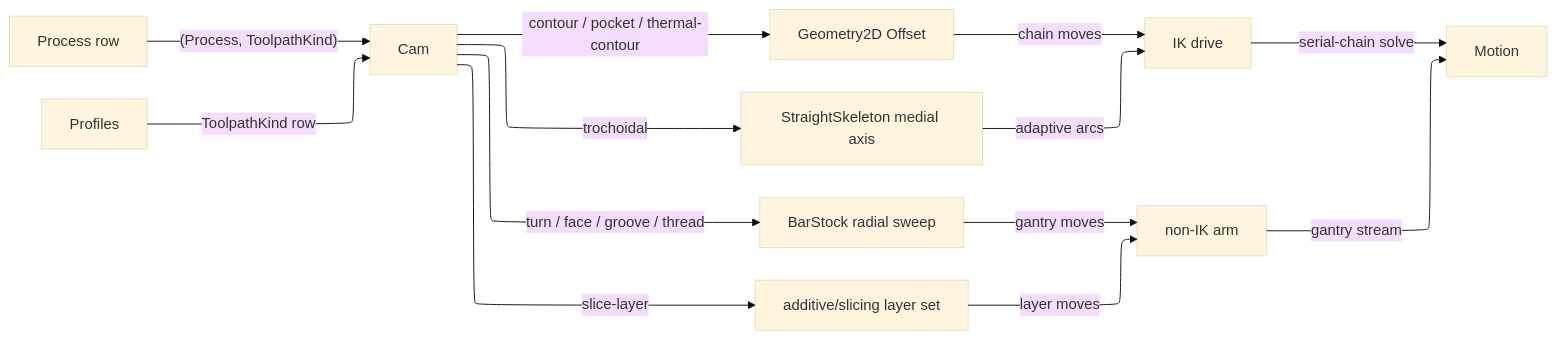
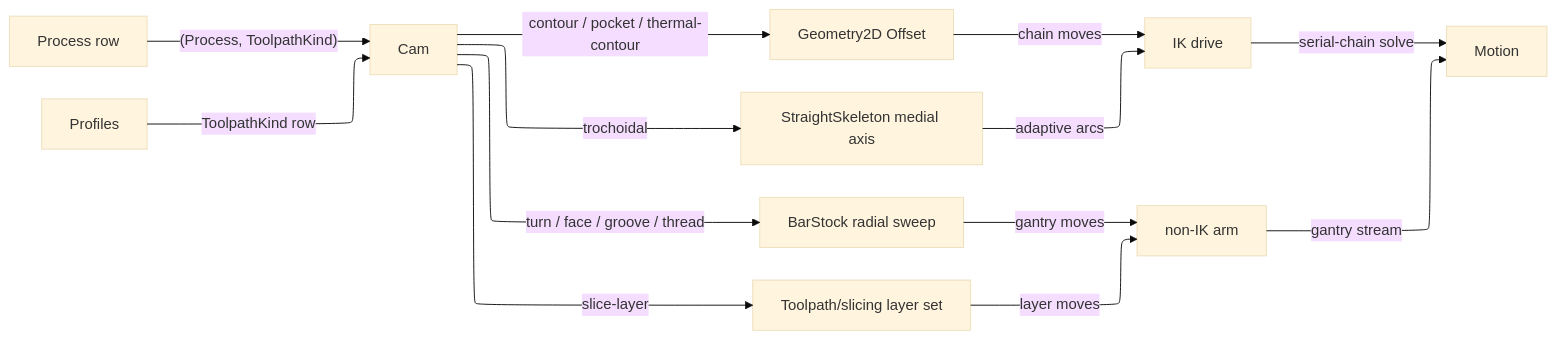
The diagram in libs/csharp/Rasm.Fabrication/.planning/toolpath/motion.md (bsamiee/Rasm), drawn with Mermaid before and after one commit. The commit also changed other lines of this file and 775 other files, not shown here.

````diff
--- a/libs/csharp/Rasm.Fabrication/.planning/toolpath/motion.md
+++ b/libs/csharp/Rasm.Fabrication/.planning/toolpath/motion.md
@@ -143,20 +143,20 @@
 ```mermaid
 ---
 config:
   layout: elk
   theme: base
 ---
 flowchart LR
     Process["Process row"] -->|"(Process, ToolpathKind)"| Cam["Cam"]
     Profiles["Profiles"] -->|ToolpathKind row| Cam
     Cam -->|contour / pocket / thermal-contour| Offset["Geometry2D Offset"]
     Cam -->|trochoidal| Skeleton["StraightSkeleton medial axis"]
     Cam -->|turn / face / groove / thread| Radial["BarStock radial sweep"]
-    Cam -->|slice-layer| Slice["additive/slicing layer set"]
+    Cam -->|slice-layer| Slice["Toolpath/slicing layer set"]
     Offset -->|chain moves| Drive["IK drive"]
     Skeleton -->|adaptive arcs| Drive
     Radial -->|gantry moves| Direct["non-IK arm"]
     Slice -->|layer moves| Direct
     Drive -->|serial-chain solve| Motion["Motion"]
     Direct -->|gantry stream| Motion
 ```
````
